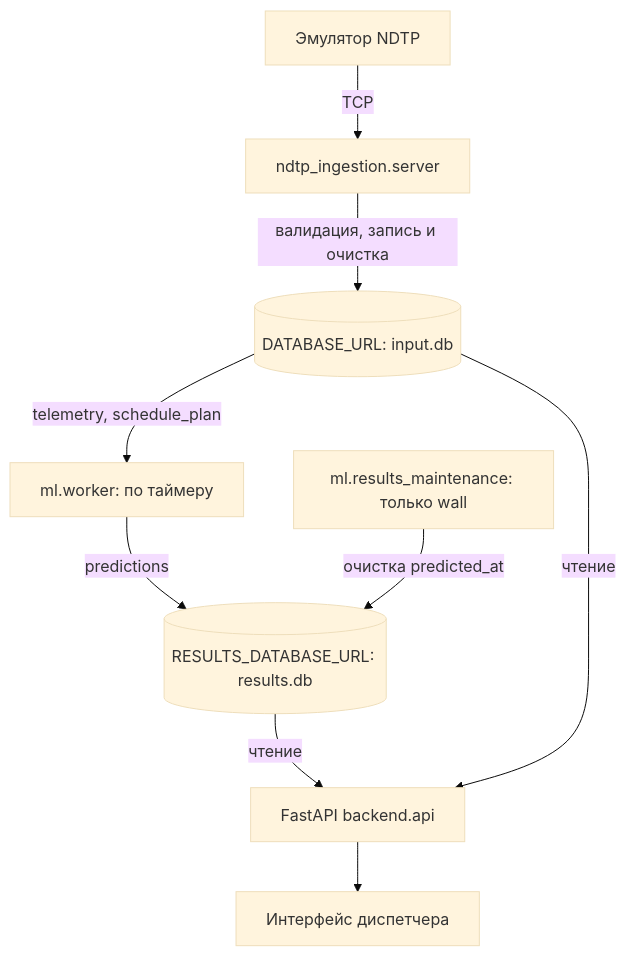
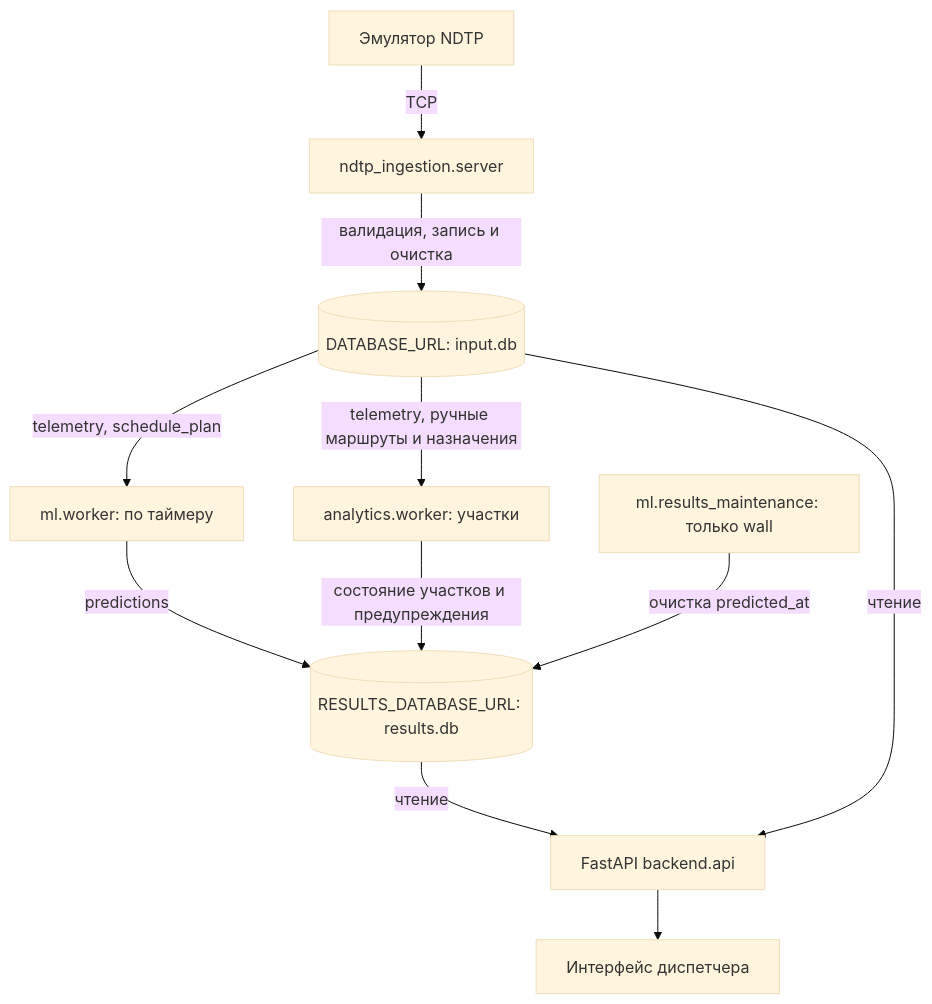
One commit to ivoilovskaya/delay_prediction_platform changed the diagram in README.md. Above: the diagram before and after it, drawn with Mermaid (base theme). The commit also changed other lines of this file and 16 other files, not shown here.

Commit message:
Add route segment analytics worker and dispatcher view

````diff
--- a/README.md
+++ b/README.md
@@ -7,11 +7,13 @@
 ```mermaid
 flowchart TB
     E["Эмулятор NDTP"] -->|TCP| I["ndtp_ingestion.server"]
     I -->|валидация, запись и очистка| DB[("DATABASE_URL: input.db")]
     DB -->|"telemetry, schedule_plan"| W["ml.worker: по таймеру"]
+    DB -->|"telemetry, ручные маршруты и назначения"| SW["analytics.worker: участки"]
     W -->|"predictions"| R[("RESULTS_DATABASE_URL: results.db")]
+    SW -->|"состояние участков и предупреждения"| R
     R -->|чтение| A
     C["ml.results_maintenance: только wall"] -->|очистка predicted_at| R
     DB -->|чтение| A["FastAPI backend.api"]
     A --> UI["Интерфейс диспетчера"]
 ```
````
